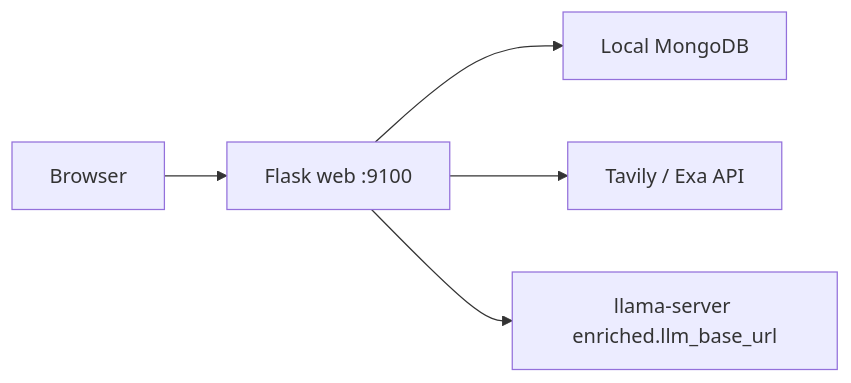
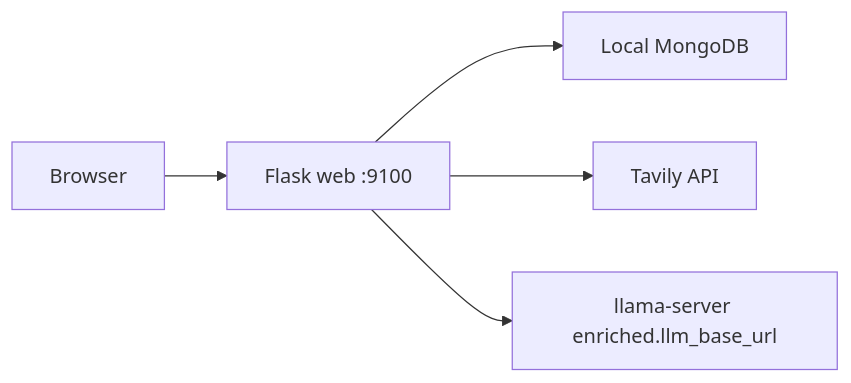
Before and after one commit to Benchan691/VulnBrief: the diagram in README.md, drawn with Mermaid. The commit also changed other lines of this file and 31 other files, not shown here.

````diff
--- a/README.md
+++ b/README.md
@@ -14,7 +14,7 @@
 ```mermaid
 flowchart LR
   Browser --> Web["Flask web :9100"]
   Web --> LocalMongo["Local MongoDB"]
-  Web --> Search["Tavily / Exa API"]
+  Web --> Search["Tavily API"]
   Web --> Llama["llama-server enriched.llm_base_url"]
 ```
````
